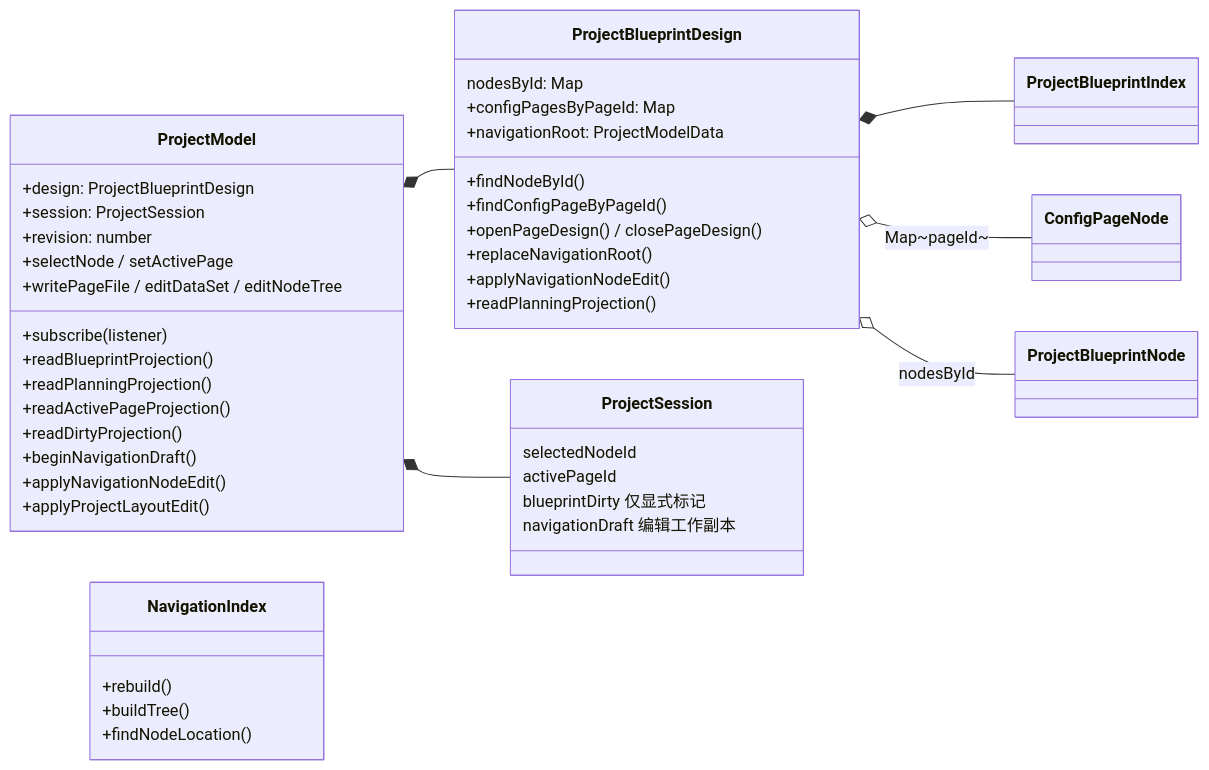
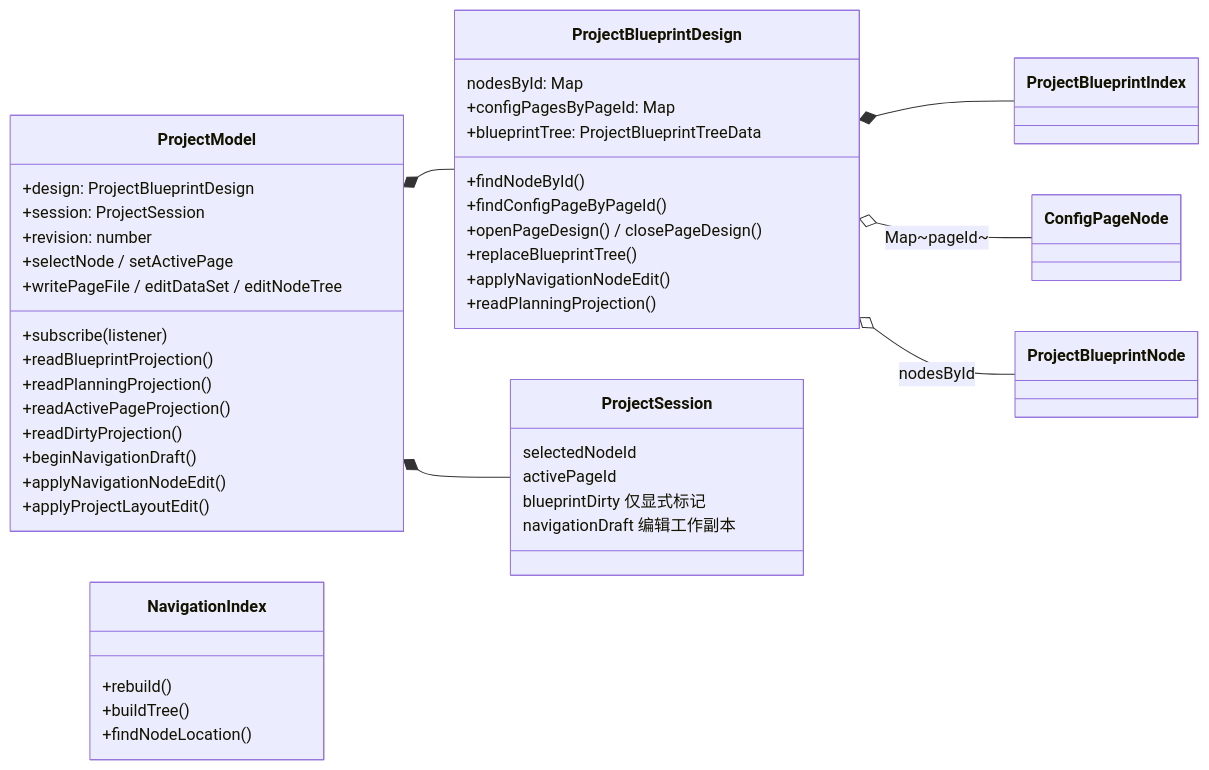
One commit to LMSpark/APPWORKS changed the second of 5 diagrams in packages/spark-project-model/src/MODEL-HIERARCHY.md. Above: the diagram before and after it, drawn with Mermaid. The commit also changed other lines of this file and 54 other files, not shown here.

````diff
--- a/packages/spark-project-model/src/MODEL-HIERARCHY.md
+++ b/packages/spark-project-model/src/MODEL-HIERARCHY.md
@@ -162,51 +162,51 @@
 ```mermaid
 classDiagram
   direction LR
 
   class ProjectModel {
     +design: ProjectBlueprintDesign
     +session: ProjectSession
     +revision: number
     +subscribe(listener)
     +readBlueprintProjection()
     +readPlanningProjection()
     +readActivePageProjection()
     +readDirtyProjection()
     +selectNode / setActivePage
     +beginNavigationDraft()
     +applyNavigationNodeEdit()
     +applyProjectLayoutEdit()
     +writePageFile / editDataSet / editNodeTree
   }
 
   class ProjectBlueprintDesign {
     nodesById: Map
     +configPagesByPageId: Map
-    +navigationRoot: ProjectModelData
+    +blueprintTree: ProjectBlueprintTreeData
     +findNodeById()
     +findConfigPageByPageId()
     +openPageDesign() / closePageDesign()
-    +replaceNavigationRoot()
+    +replaceBlueprintTree()
     +applyNavigationNodeEdit()
     +readPlanningProjection()
   }
 
   class NavigationIndex {
     +rebuild()
     +buildTree()
     +findNodeLocation()
   }
 
   class ProjectSession {
     selectedNodeId
     activePageId
     blueprintDirty 仅显式标记
     navigationDraft  编辑工作副本
   }
 
   ProjectModel *-- ProjectBlueprintDesign
   ProjectModel *-- ProjectSession
   ProjectBlueprintDesign *-- ProjectBlueprintIndex
   ProjectBlueprintDesign o-- ConfigPageNode : Map~pageId~
   ProjectBlueprintDesign o-- ProjectBlueprintNode : nodesById
 ```
````
